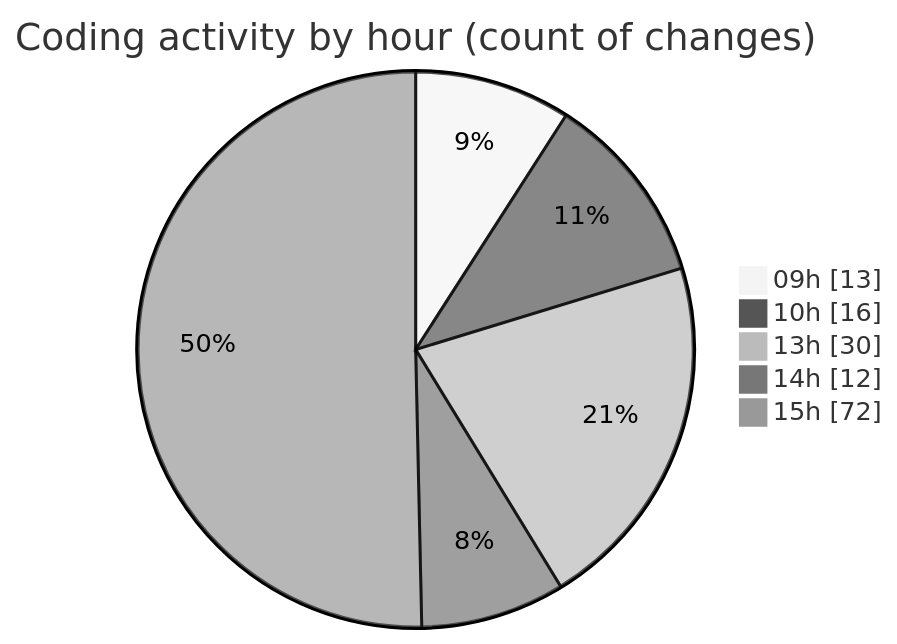
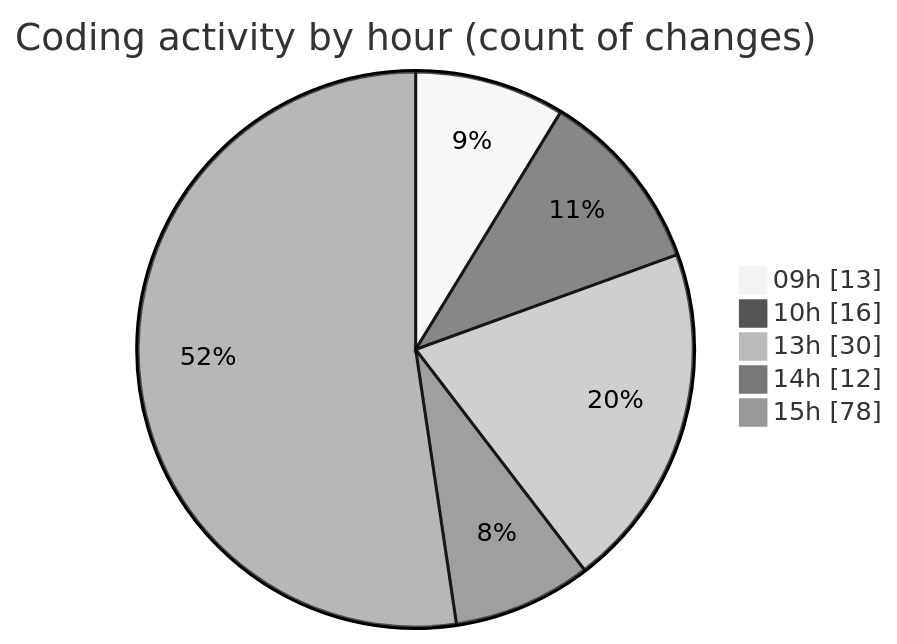
One commit to momahboobian/code-tracking changed the second of 2 diagrams in 2025-03-31/cda/README.md. Above: the diagram before and after it, drawn with Mermaid (neutral theme). The commit also changed other lines of this file and 1 other file, not shown here.

````diff
--- a/2025-03-31/cda/README.md
+++ b/2025-03-31/cda/README.md
@@ -40,9 +40,9 @@
 ```mermaid
 pie showData
 title Coding activity by hour (count of changes)
 "09h" : 13
 "10h" : 16
 "13h" : 30
 "14h" : 12
-"15h" : 72
+"15h" : 78
 ```
````
